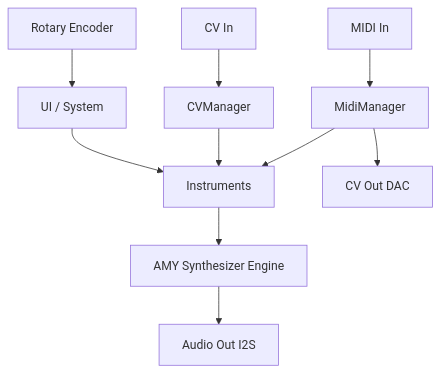
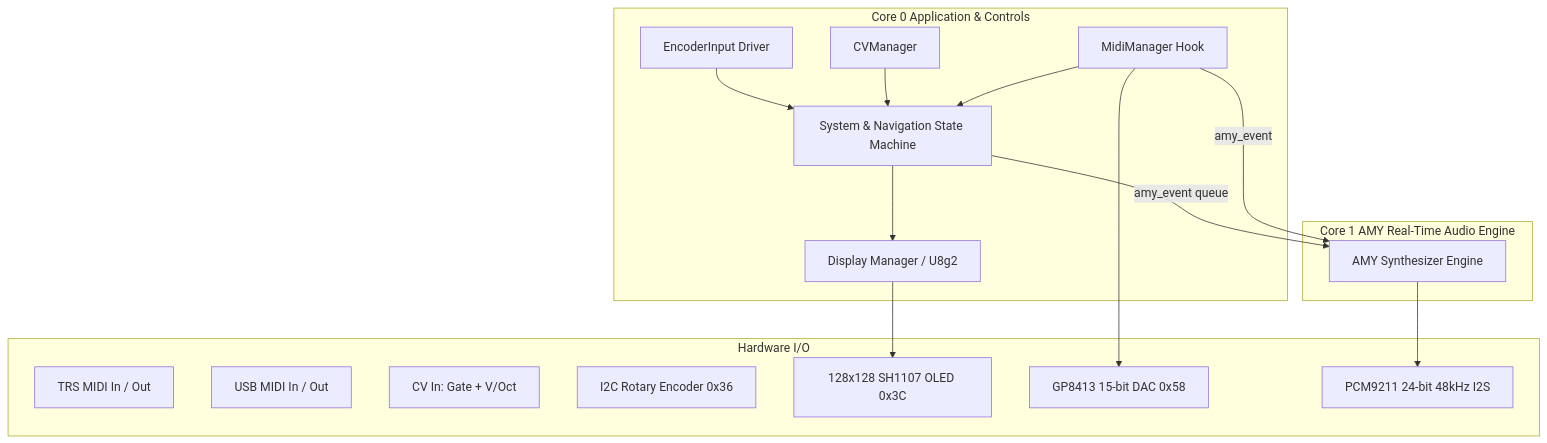
Before and after one commit to vincentltm/amy_rack: the diagram in docs/architecture.md, drawn with Mermaid. The commit also changed other lines of this file and 5 other files, not shown here.

Commit message:
Update comprehensive documentation, architecture, handoff guide, and AI technical reference

````diff
--- a/docs/architecture.md
+++ b/docs/architecture.md
@@ -7,15 +9,27 @@
 ```mermaid
 graph TD
-    MIDI_IN[MIDI In] --> MIDI_MGR[MidiManager]
-    CV_IN[CV In] --> CV_MGR[CVManager]
-    ENC[Rotary Encoder] --> UI_SYS[UI / System]
-    
-    MIDI_MGR --> INST[Instruments]
-    CV_MGR --> INST
-    UI_SYS --> INST
-    
-    INST --> AMY_CORE[AMY Synthesizer Engine]
-    
-    AMY_CORE --> AUDIO_OUT[Audio Out I2S]
-    MIDI_MGR --> CV_OUT[CV Out DAC]
+    subgraph Hardware I/O
+        MIDI_TRS[TRS MIDI In / Out]
+        MIDI_USB[USB MIDI In / Out]
+        CV_IN[CV In: Gate + V/Oct]
+        ENC[I2C Rotary Encoder 0x36]
+        OLED[128x128 SH1107 OLED 0x3C]
+        DAC_CV[GP8413 15-bit DAC 0x58]
+        I2S_OUT[PCM9211 24-bit 48kHz I2S]
+    end
+
+    subgraph Core 0 Application & Controls
+        ENC_DRV[EncoderInput Driver] --> SYS[System & Navigation State Machine]
+        CV_MGR[CVManager] --> SYS
+        MIDI_MGR[MidiManager Hook] --> SYS
+        SYS --> DISP[Display Manager / U8g2]
+        DISP --> OLED
+        MIDI_MGR --> DAC_CV
+    end
+
+    subgraph Core 1 AMY Real-Time Audio Engine
+        SYS -->|amy_event queue| AMY[AMY Synthesizer Engine]
+        MIDI_MGR -->|amy_event| AMY
+        AMY --> I2S_OUT
+    end
 ```
````
